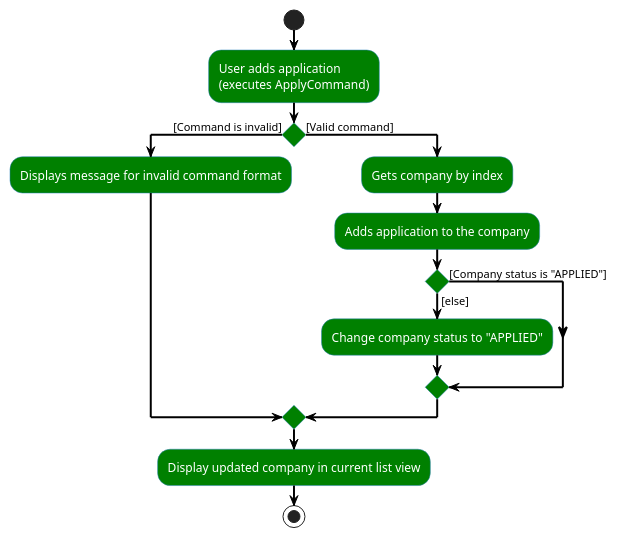
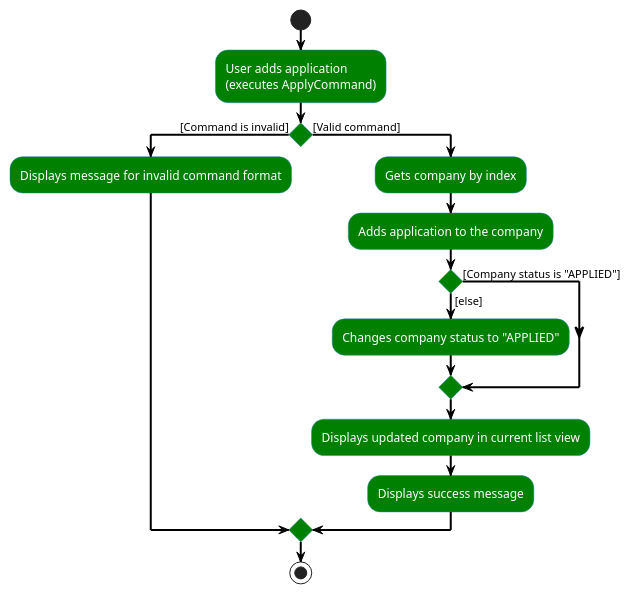
The diagram in docs/diagrams/ApplyCommandActivity.puml (nus-cs2103-AY2425S1/tp), drawn with PlantUML before and after one commit.

Commit message:
Update phrasing of ApplyCommandActivity.puml

```diff
--- a/docs/diagrams/ApplyCommandActivity.puml
+++ b/docs/diagrams/ApplyCommandActivity.puml
@@ -1,29 +1,30 @@
 @startuml
 skinparam {
   backgroundColor white
   ArrowColor black
   ArrowThickness 2
   ActivityBackgroundColor green
   ActivityBorderColor #2980B9
   ActivityFontColor white
 }
 start
 :User adds application\n(executes ApplyCommand);
 
 if () then ([Command is invalid])
     :Displays message for invalid command format;
 else ([Valid command])
     :Gets company by index;
 
     :Adds application to the company;
 
     if () then ([else])
-        :Change company status to "APPLIED";
+        :Changes company status to "APPLIED";
     else ([Company status is "APPLIED"])
     endif
+    :Displays updated company in current list view;
+    :Displays success message;
 
 endif
-:Display updated company in current list view;
 
 stop
 @enduml
```
